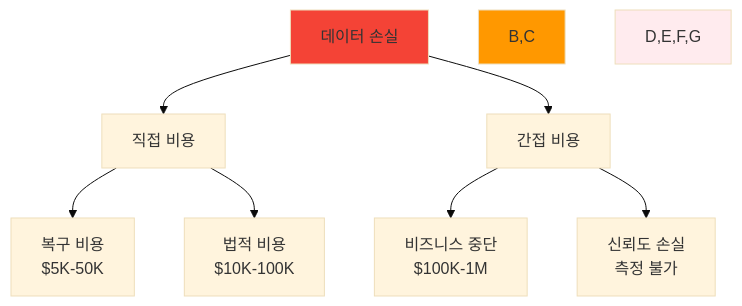
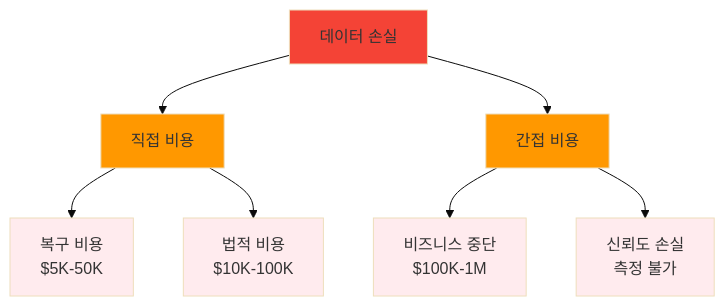
Before and after one commit to niceguy61/kdt_devops_lecture_2025: the first of 4 diagrams in theory/week_02/day2/session_2.md, drawn with Mermaid (base theme). The commit also changed other lines of this file and 63 other files, not shown here.

````diff
--- a/theory/week_02/day2/session_2.md
+++ b/theory/week_02/day2/session_2.md
@@ -36,15 +36,19 @@
 ```mermaid
 graph TB
     A[데이터 손실] --> B[직접 비용]
     A --> C[간접 비용]
     
     B --> D[복구 비용<br/>$5K-50K]
     B --> E[법적 비용<br/>$10K-100K]
     
     C --> F[비즈니스 중단<br/>$100K-1M]
     C --> G[신뢰도 손실<br/>측정 불가]
     
     style A fill:#f44336
-    style B,C fill:#ff9800
-    style D,E,F,G fill:#ffebee
+    style B fill:#ff9800
+    style C fill:#ff9800
+    style D fill:#ffebee
+    style E fill:#ffebee
+    style F fill:#ffebee
+    style G fill:#ffebee
 ```
````
